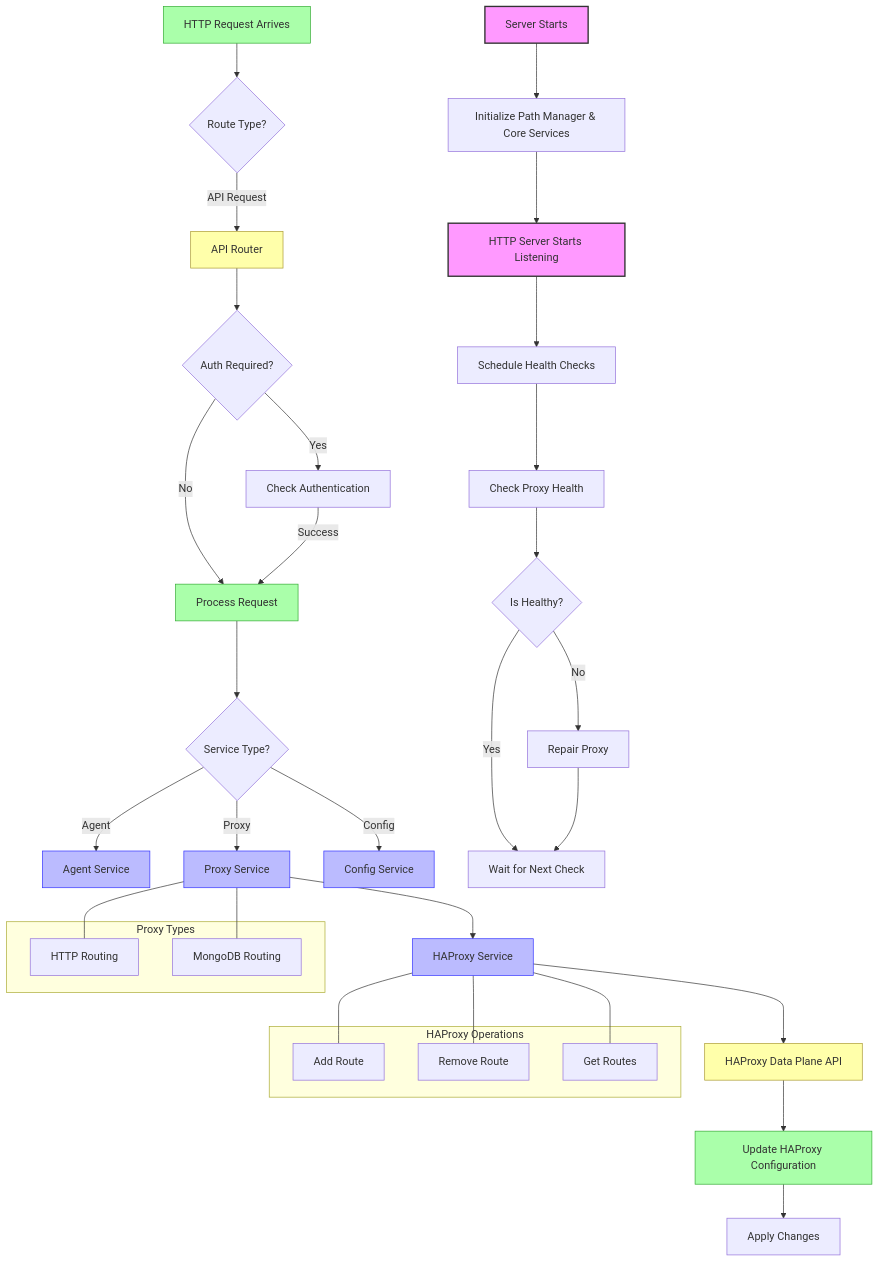
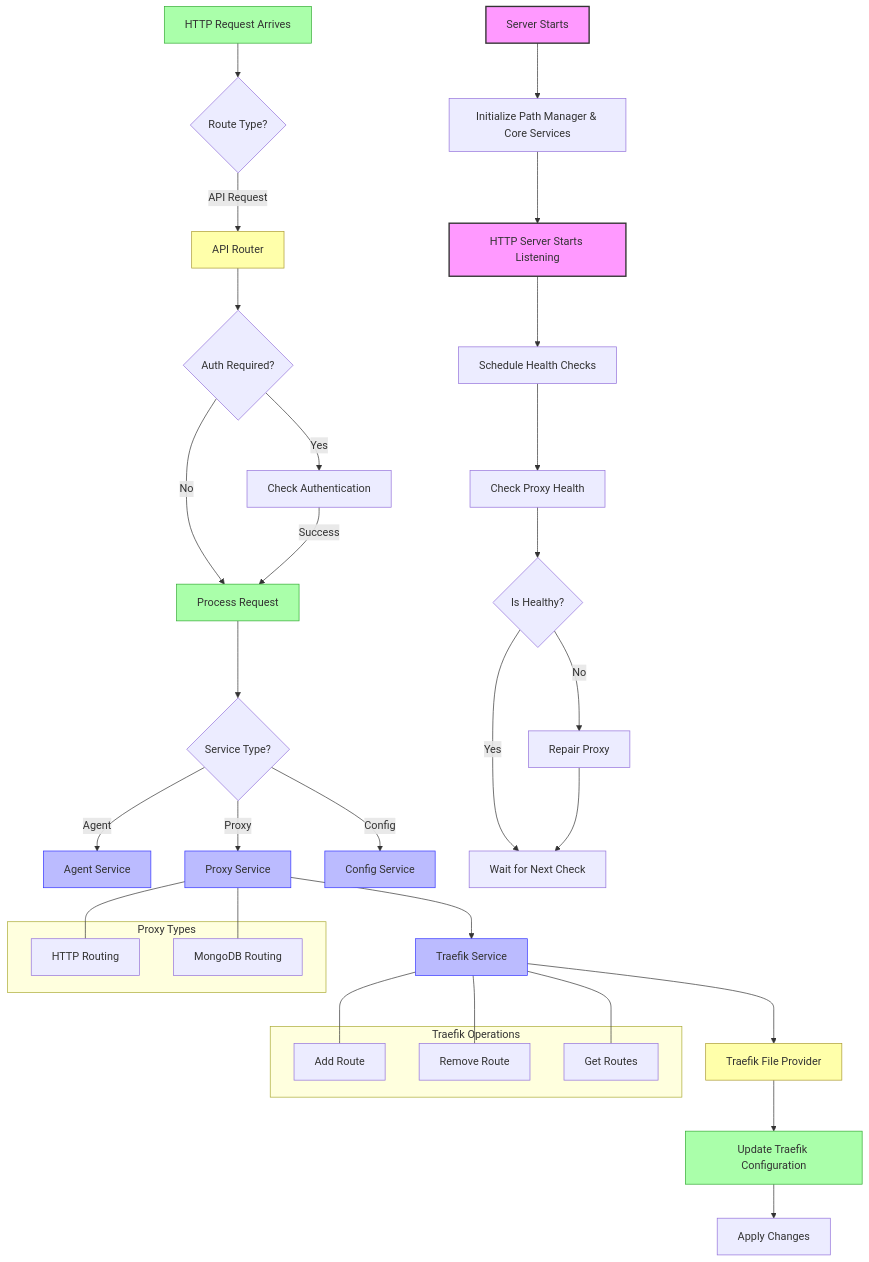
One commit to Mayze123/cloudlunacy_front changed the diagram in diagrams/cloudlunacy_architecture.md. Above: the diagram before and after it, drawn with Mermaid. The commit also changed other lines of this file and 11 other files, not shown here.

````diff
--- a/diagrams/cloudlunacy_architecture.md
+++ b/diagrams/cloudlunacy_architecture.md
@@ -5,69 +5,69 @@
 ```mermaid
 graph TD
     %% Main server components
     START[Server Starts] --> INIT[Initialize Path Manager & Core Services]
     INIT --> SERVER[HTTP Server Starts Listening]
     SERVER --> HEALTH[Schedule Health Checks]
 
     %% User requests
     REQ[HTTP Request Arrives] --> ROUTE{Route Type?}
 
     %% API routes
     ROUTE -->|API Request| API[API Router]
     API --> AUTH{Auth Required?}
     AUTH -->|Yes| CHECK[Check Authentication]
     AUTH -->|No| PROCESS[Process Request]
     CHECK -->|Success| PROCESS
 
     %% Services
     PROCESS --> SERVICE{Service Type?}
     SERVICE -->|Agent| AGENT[Agent Service]
     SERVICE -->|Proxy| PROXY[Proxy Service]
     SERVICE -->|Config| CONFIG[Config Service]
 
     %% Proxy service
-    PROXY --> HAPROXY[HAProxy Service]
+    PROXY --> TRAEFIK[Traefik Service]
 
-    %% HAProxy API integration
-    HAPROXY --> DATA_PLANE[HAProxy Data Plane API]
-    DATA_PLANE --> UPDATE[Update HAProxy Configuration]
+    %% Traefik API integration
+    TRAEFIK --> FILE_PROVIDER[Traefik File Provider]
+    FILE_PROVIDER --> UPDATE[Update Traefik Configuration]
     UPDATE --> RELOAD[Apply Changes]
 
     %% Health checks
     HEALTH --> CHECK_PROXY[Check Proxy Health]
     CHECK_PROXY --> UNHEALTHY{Is Healthy?}
     UNHEALTHY -->|No| REPAIR[Repair Proxy]
     UNHEALTHY -->|Yes| WAIT[Wait for Next Check]
     REPAIR --> WAIT
 
     %% Subgraph for proxy types
     subgraph "Proxy Types"
         HTTP[HTTP Routing]
         MONGO[MongoDB Routing]
     end
 
     PROXY --- HTTP
     PROXY --- MONGO
 
-    %% Subgraph for HAProxy operations
-    subgraph "HAProxy Operations"
+    %% Subgraph for Traefik operations
+    subgraph "Traefik Operations"
         ADD_ROUTE[Add Route]
         REMOVE_ROUTE[Remove Route]
         GET_ROUTES[Get Routes]
     end
 
-    HAPROXY --- ADD_ROUTE
-    HAPROXY --- REMOVE_ROUTE
-    HAPROXY --- GET_ROUTES
+    TRAEFIK --- ADD_ROUTE
+    TRAEFIK --- REMOVE_ROUTE
+    TRAEFIK --- GET_ROUTES
 
     %% Styles
     classDef primary fill:#f9f,stroke:#333,stroke-width:2px;
     classDef service fill:#bbf,stroke:#33f,stroke-width:1px;
     classDef flow fill:#afa,stroke:#3a3,stroke-width:1px;
     classDef api fill:#ffa,stroke:#a93,stroke-width:1px;
 
     class START,SERVER primary;
-    class AGENT,PROXY,CONFIG,HAPROXY service;
+    class AGENT,PROXY,CONFIG,TRAEFIK service;
     class REQ,PROCESS,UPDATE flow;
-    class API,DATA_PLANE api;
+    class API,FILE_PROVIDER api;
 ```
````
